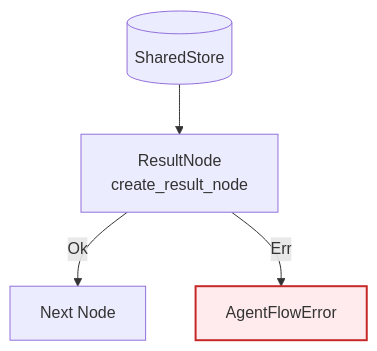
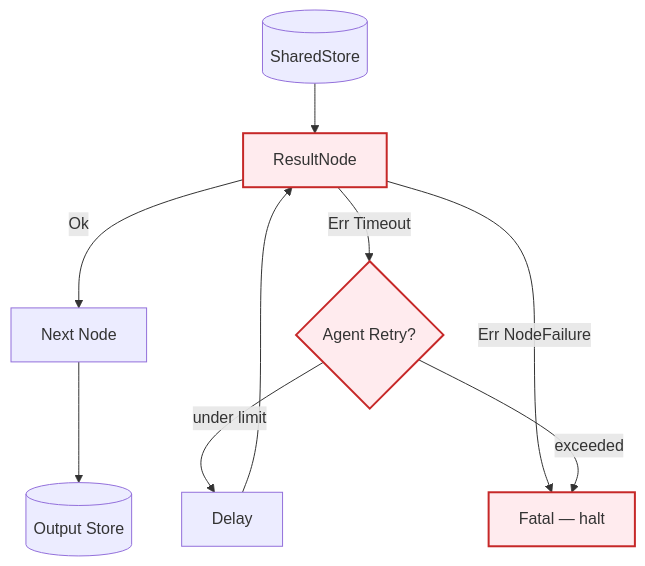
Before and after one commit to EzekTec-Inc/AgentFlow: the diagram in examples/ERROR_HANDLING.md, drawn with Mermaid. The commit also changed other lines of this file and 23 other files, not shown here.

````diff
--- a/examples/ERROR_HANDLING.md
+++ b/examples/ERROR_HANDLING.md
@@ -9,9 +28,13 @@
 ```mermaid
 graph TD
-    Input[(SharedStore)] --> Node[ResultNode<br>create_result_node]
-    Node -->|Ok| Next[Next Node]
-    Node -->|Err| Error[AgentFlowError]
-    
-    classDef error fill:#ffebee,stroke:#c62828,stroke-width:2px;
-    class Error error;
+    Input[(SharedStore)] --> RN[ResultNode]
+    RN -->|Ok| Next[Next Node]
+    RN -->|Err Timeout| Retry{Agent Retry?}
+    RN -->|Err NodeFailure| Fatal[Fatal — halt]
+    Retry -->|under limit| Wait[Delay] --> RN
+    Retry -->|exceeded| Fatal
+    Next --> Output[(Output Store)]
+
+    classDef err fill:#ffebee,stroke:#c62828,stroke-width:2px;
+    class RN,Retry,Fatal err;
 ```
````
